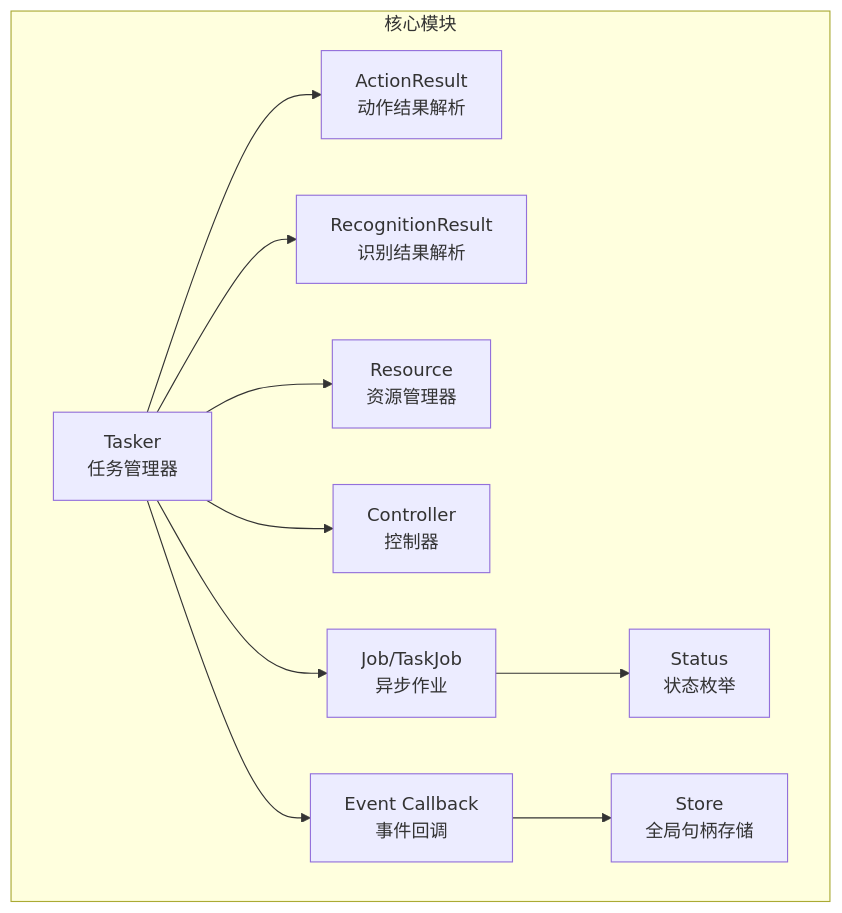
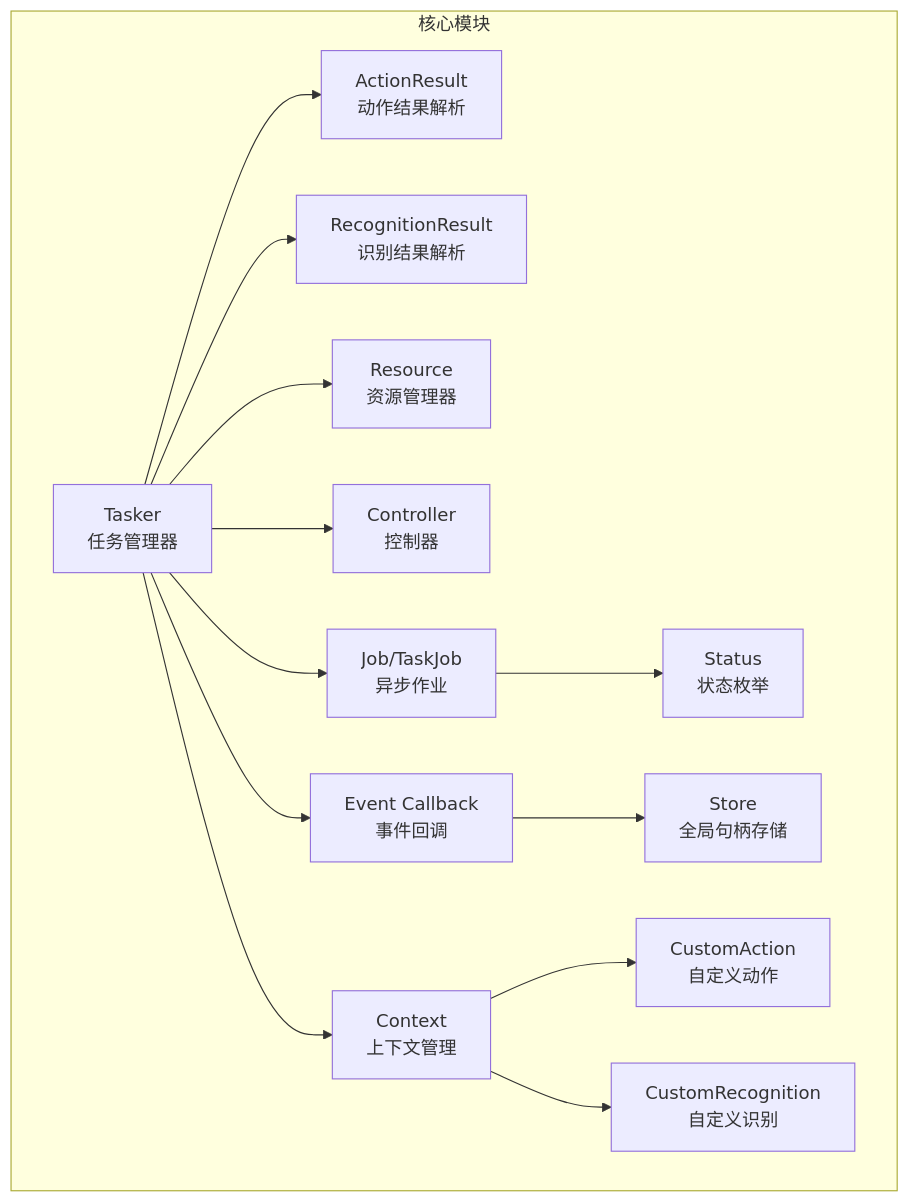
The first of 9 diagrams in instructions/maafw-golang-binding/核心概念/任务管理器 (Tasker).md (kqcoxn/MaaPipelineEditor), drawn with Mermaid before and after one commit. The commit also changed other lines of this file and 7 other files, not shown here.

````diff
--- a/instructions/maafw-golang-binding/核心概念/任务管理器 (Tasker).md
+++ b/instructions/maafw-golang-binding/核心概念/任务管理器 (Tasker).md
@@ -63,22 +67,28 @@
 ```mermaid
 graph TB
 subgraph "核心模块"
 T["Tasker<br/>任务管理器"]
 AR["ActionResult<br/>动作结果解析"]
 RR["RecognitionResult<br/>识别结果解析"]
 R["Resource<br/>资源管理器"]
 C["Controller<br/>控制器"]
 J["Job/TaskJob<br/>异步作业"]
 S["Status<br/>状态枚举"]
 E["Event Callback<br/>事件回调"]
+CTX["Context<br/>上下文管理"]
+CA["CustomAction<br/>自定义动作"]
+CR["CustomRecognition<br/>自定义识别"]
 ST["Store<br/>全局句柄存储"]
 end
 T --> AR
 T --> RR
 T --> R
 T --> C
 T --> J
 J --> S
 T --> E
 E --> ST
+T --> CTX
+CTX --> CA
+CTX --> CR
 ```
````
